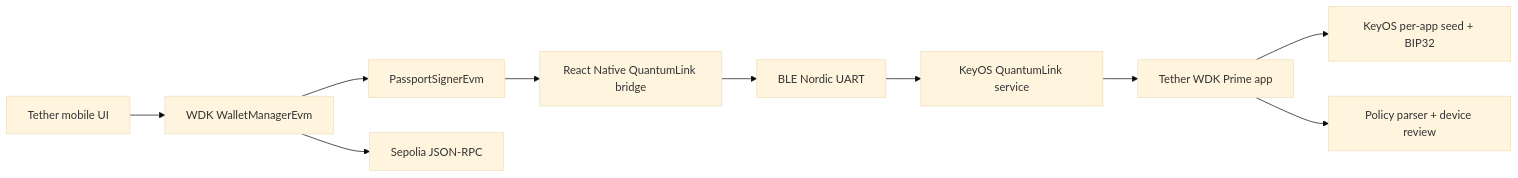
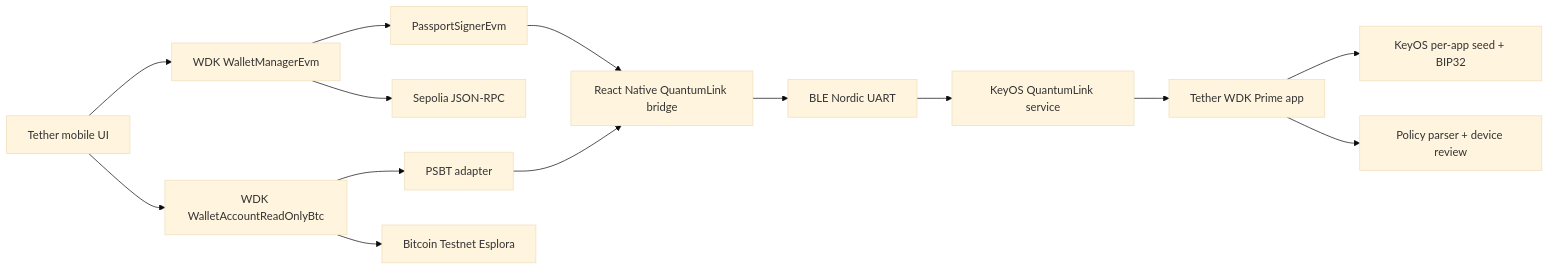
The diagram in docs/ARCHITECTURE.md (Foundation-Devices/passport-tether-wdk), drawn with Mermaid (base theme) before and after one commit. The commit also changed other lines of this file and 51 other files, not shown here.

First line of the commit message:
Add Bitcoin Testnet parity and fix demo-blocking defects

````diff
--- a/docs/ARCHITECTURE.md
+++ b/docs/ARCHITECTURE.md
@@ -5,12 +5,16 @@
 ```mermaid
 flowchart LR
-    UI["Tether mobile UI"] --> WDK["WDK WalletManagerEvm"]
-    WDK --> PS["PassportSignerEvm"]
+    UI["Tether mobile UI"] --> EVM["WDK WalletManagerEvm"]
+    UI --> BTC["WDK WalletAccountReadOnlyBtc"]
+    EVM --> PS["PassportSignerEvm"]
+    BTC --> BP["PSBT adapter"]
     PS --> RN["React Native QuantumLink bridge"]
+    BP --> RN
     RN --> BLE["BLE Nordic UART"]
     BLE --> QS["KeyOS QuantumLink service"]
     QS --> PA["Tether WDK Prime app"]
     PA --> KD["KeyOS per-app seed + BIP32"]
     PA --> RV["Policy parser + device review"]
-    WDK --> RPC["Sepolia JSON-RPC"]
+    EVM --> RPC["Sepolia JSON-RPC"]
+    BTC --> IDX["Bitcoin Testnet Esplora"]
 ```
````
